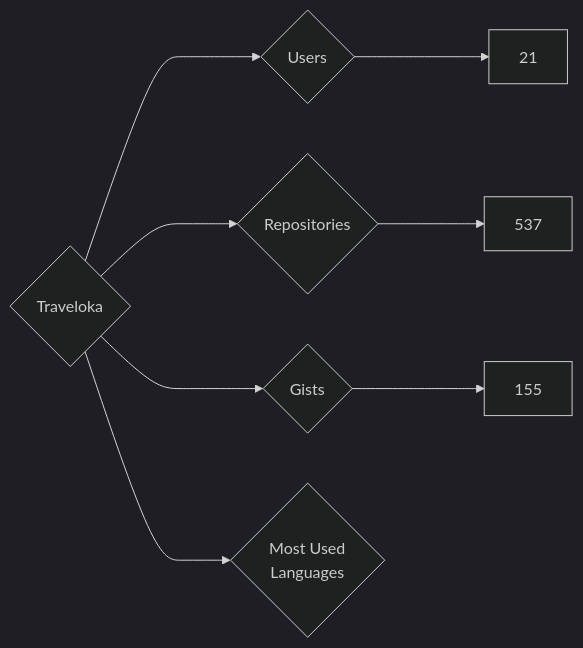
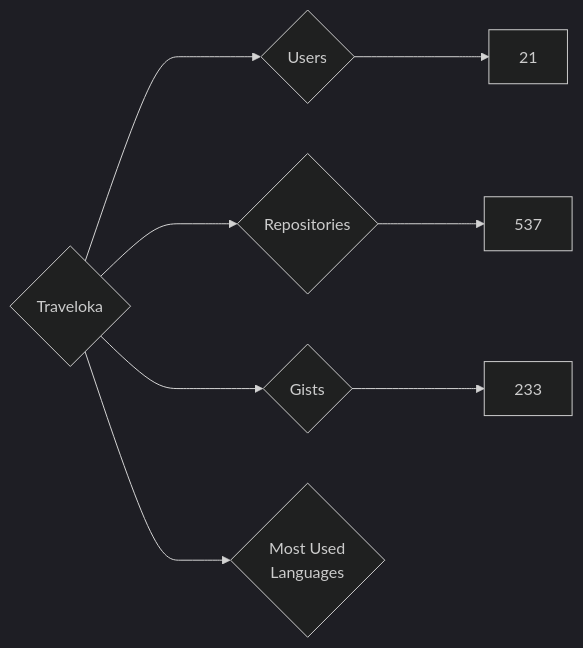
Before and after one commit to nenadzaric/insiders: the diagram in targets/Traveloka/README.md, drawn with Mermaid (dark theme). The commit also changed 1342 other files, not shown here.

````diff
--- a/targets/Traveloka/README.md
+++ b/targets/Traveloka/README.md
@@ -3,8 +3,8 @@
 ```mermaid
 graph LR
 COMPANY_NAME{Traveloka}
 COMPANY_NAME ---> U{Users} ---> UN[21]
 COMPANY_NAME ---> R{Repositories} ---> RN[537]
-COMPANY_NAME ---> G{Gists} ---> GN[155]
+COMPANY_NAME ---> G{Gists} ---> GN[233]
 COMPANY_NAME ---> ML{Most Used<br>Languages}
 ```
````
